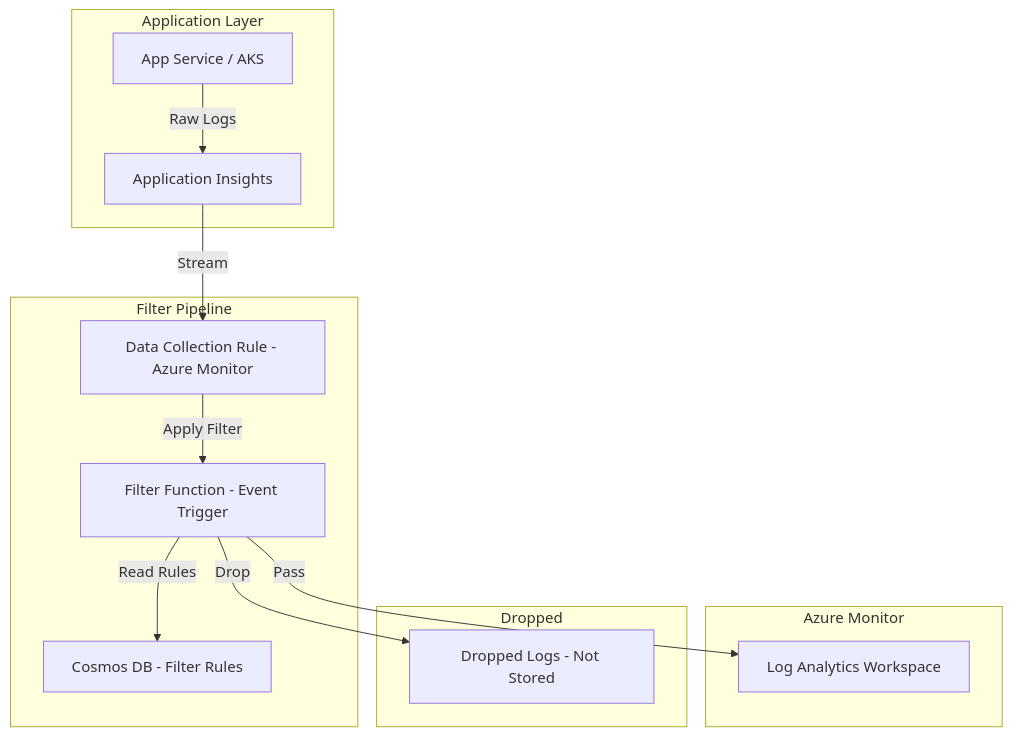
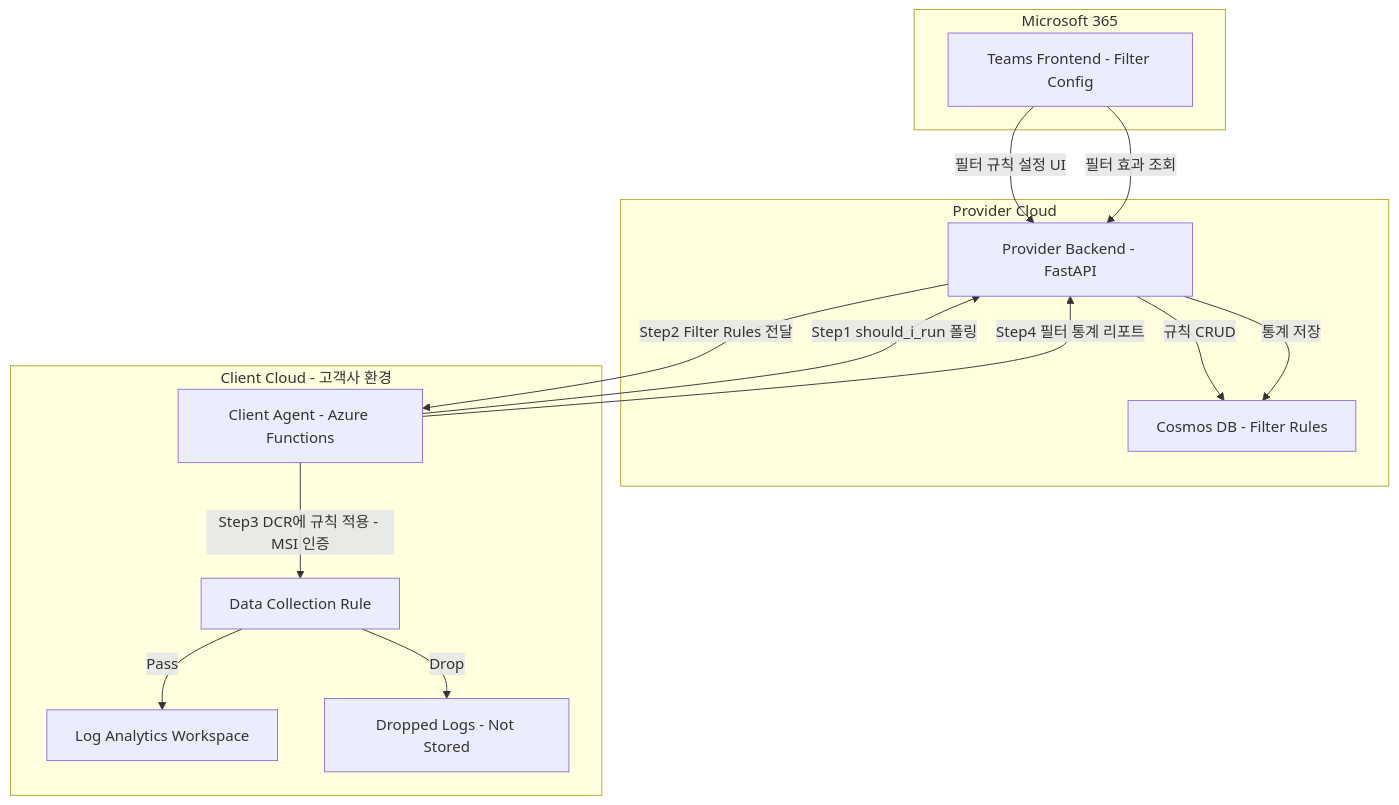
Before and after one commit to chjcmy/study: diagram 16 of 21 in azure/projects/log-doctor-plan.md, drawn with Mermaid. The commit also changed other lines of this file, not shown here.

````diff
--- a/azure/projects/log-doctor-plan.md
+++ b/azure/projects/log-doctor-plan.md
@@ -684,28 +632,30 @@
 ```mermaid
 graph TB
-    subgraph Application Layer
-        App["App Service / AKS"]
-        AppInsights["Application Insights"]
+    subgraph Microsoft 365
+        Teams["Teams Frontend - Filter Config"]
     end
 
-    subgraph Filter Pipeline
-        DCR["Data Collection Rule - Azure Monitor"]
-        FilterFn["Filter Function - Event Trigger"]
-        FilterDB["Cosmos DB - Filter Rules"]
+    subgraph Provider Cloud
+        PB["Provider Backend - FastAPI"]
+        CosmosDB["Cosmos DB - Filter Rules"]
     end
 
-    subgraph Azure Monitor
+    subgraph Client Cloud - 고객사 환경
+        Agent["Client Agent - Azure Functions"]
+        DCR["Data Collection Rule"]
         LAW["Log Analytics Workspace"]
-    end
-
-    subgraph Dropped
         Trash["Dropped Logs - Not Stored"]
     end
 
-    App -->|Raw Logs| AppInsights
-    AppInsights -->|Stream| DCR
-    FilterFn -->|Read Rules| FilterDB
-    DCR -->|Apply Filter| FilterFn
-    FilterFn -->|Pass| LAW
-    FilterFn -->|Drop| Trash
+    Teams -->|필터 규칙 설정 UI| PB
+    PB -->|규칙 CRUD| CosmosDB
+
+    Agent -->|Step1 should_i_run 폴링| PB
+    PB -->|Step2 Filter Rules 전달| Agent
+    Agent -->|Step3 DCR에 규칙 적용 - MSI 인증| DCR
+    DCR -->|Pass| LAW
+    DCR -->|Drop| Trash
+    Agent -->|Step4 필터 통계 리포트| PB
+    PB -->|통계 저장| CosmosDB
+    Teams -->|필터 효과 조회| PB
 ```
````
